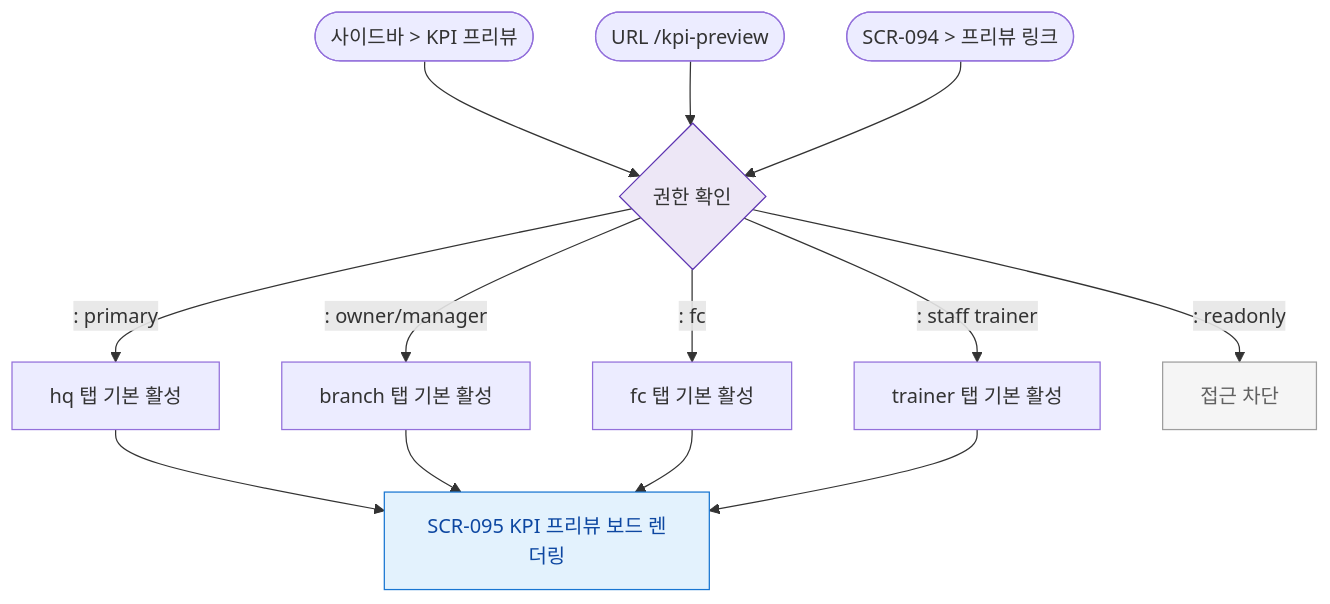
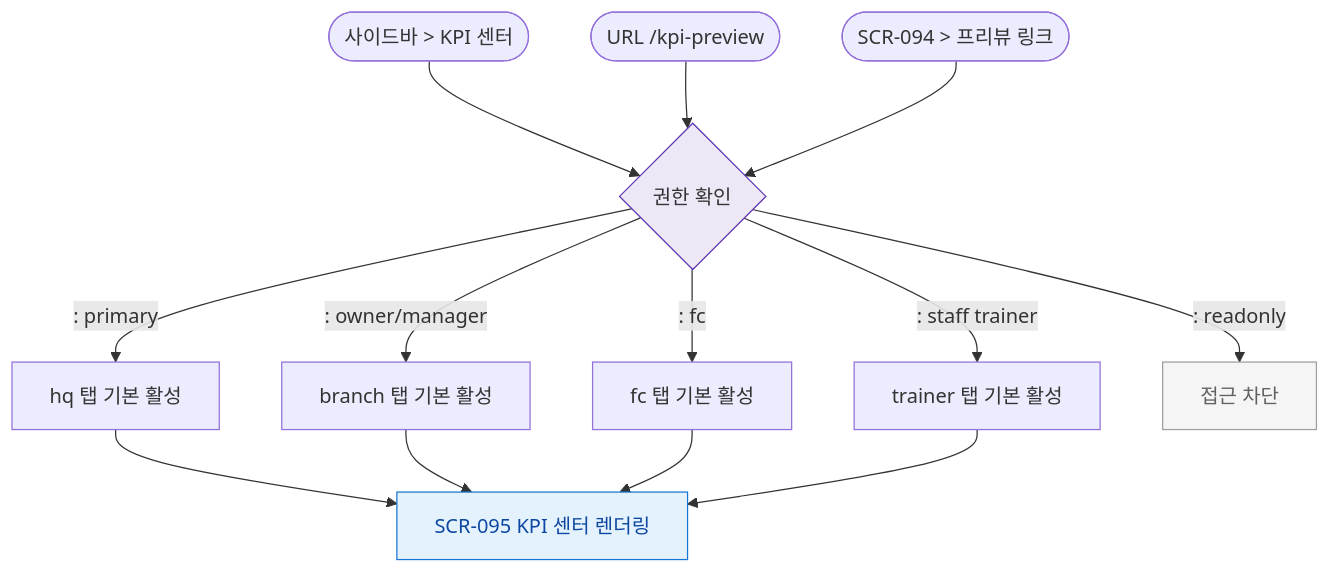
One commit to dev-spogym/admin-pando changed the diagram in docs/admin/다이어그램/D10_본사관리/SCR-095_KPI프리뷰보드/F1_진입.md. Above: the diagram before and after it, drawn with Mermaid. The commit also changed other lines of this file and 442 other files, not shown here.

````diff
--- a/docs/admin/다이어그램/D10_본사관리/SCR-095_KPI프리뷰보드/F1_진입.md
+++ b/docs/admin/다이어그램/D10_본사관리/SCR-095_KPI프리뷰보드/F1_진입.md
@@ -12,22 +12,22 @@
 ```mermaid
 flowchart TD
-  E1([사이드바 > KPI 프리뷰]) --> AuthCheck{권한 확인}
+  E1([사이드바 > KPI 센터]) --> AuthCheck{권한 확인}
   E2([URL /kpi-preview]) --> AuthCheck
   E3([SCR-094 > 프리뷰 링크]) --> AuthCheck
 
   AuthCheck -->|": primary"|HQTab[hq 탭 기본 활성]
   AuthCheck -->|": owner/manager"|BranchTab[branch 탭 기본 활성]
   AuthCheck -->|": fc"|FcTab[fc 탭 기본 활성]
   AuthCheck -->|": staff trainer"|TrainerTab[trainer 탭 기본 활성]
   AuthCheck -->|": readonly"|Blocked[접근 차단]
 
-  HQTab & BranchTab & FcTab & TrainerTab --> SCR_095[SCR-095 KPI 프리뷰 보드 렌더링]
+  HQTab & BranchTab & FcTab & TrainerTab --> SCR_095[SCR-095 KPI 센터 렌더링]
 
   classDef screen fill:#E3F2FD,stroke:#1976D2,color:#0D47A1
   classDef system fill:#EDE7F6,stroke:#5E35B2
   classDef rbacBlocked fill:#F5F5F5,stroke:#9E9E9E,color:#616161
 
   class SCR_095 screen
   class AuthCheck system
   class Blocked rbacBlocked
 ```
````
